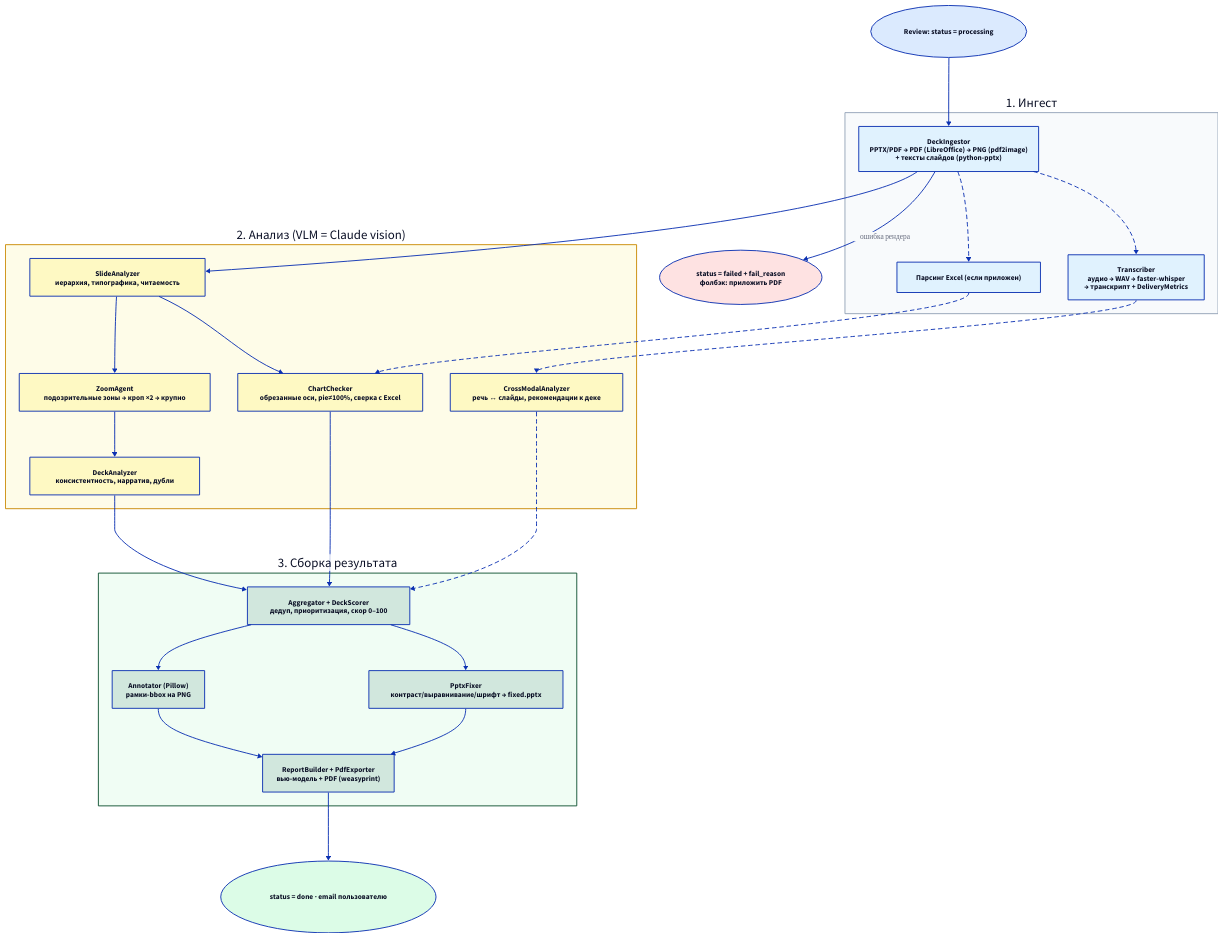
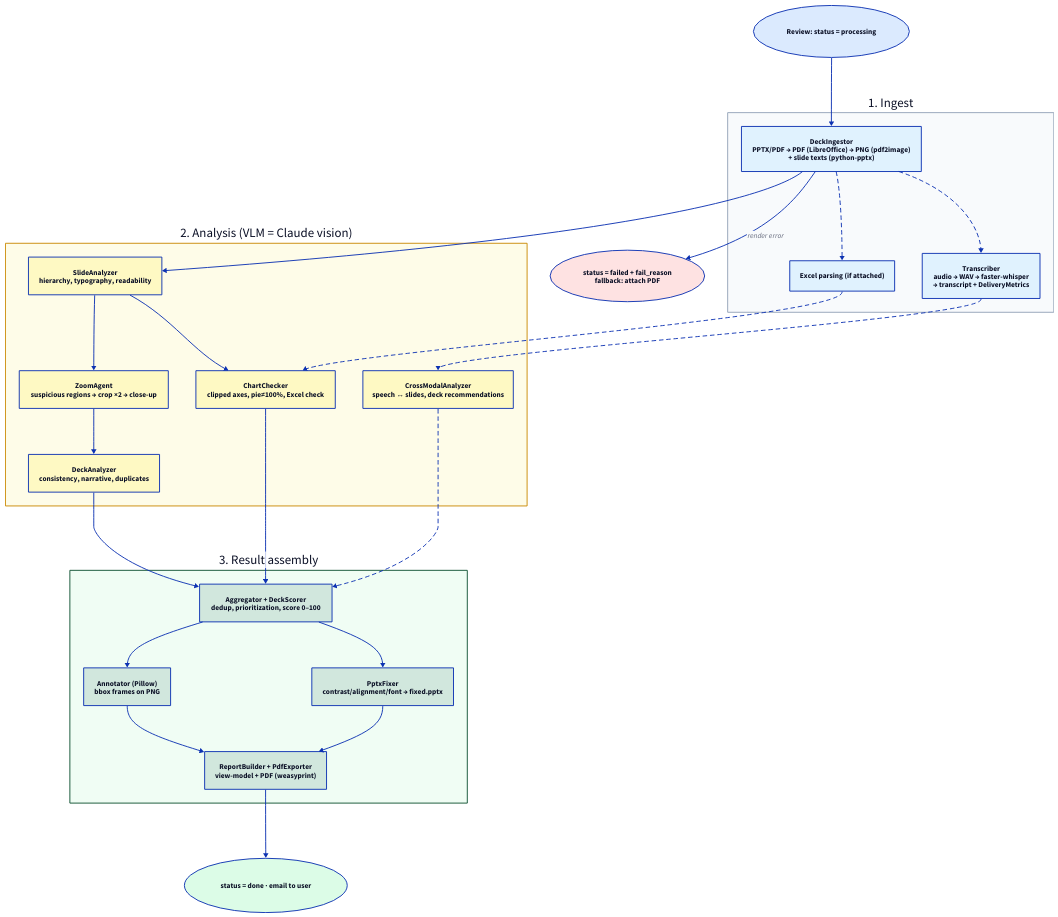
Before and after one commit to SlideLens/Achitecture: the diagram in docs/diagrams/pipeline.d2, drawn with D2. The commit also changed 24 other files, not shown here.

```diff
--- a/docs/diagrams/pipeline.d2
+++ b/docs/diagrams/pipeline.d2
@@ -1,93 +1,93 @@
 direction: down
 
 # =============================================================================
-# ПАЙПЛАЙН РАЗБОРА — 10 шагов (ADR 0002). Падение анализатора не валит разбор.
+# REVIEW PIPELINE — 10 steps (ADR 0002). Analyzer failure does not fail the review.
 # =============================================================================
 
 start: "Review: status = processing" {
   shape: oval
   style.fill: "#dbeafe"
 }
 
-s1: "1. Ингест" {
+s1: "1. Ingest" {
   style.fill: "#f8fafc"
   style.stroke: "#94a3b8"
 
-  ingest: "DeckIngestor\nPPTX/PDF → PDF (LibreOffice) → PNG (pdf2image)\n+ тексты слайдов (python-pptx)" {
+  ingest: "DeckIngestor\nPPTX/PDF → PDF (LibreOffice) → PNG (pdf2image)\n+ slide texts (python-pptx)" {
     style.fill: "#e0f2fe"
   }
-  transcribe: "Transcriber\nаудио → WAV → faster-whisper\n→ транскрипт + DeliveryMetrics" {
+  transcribe: "Transcriber\naudio → WAV → faster-whisper\n→ transcript + DeliveryMetrics" {
     style.fill: "#e0f2fe"
   }
-  excel: "Парсинг Excel (если приложен)" {
+  excel: "Excel parsing (if attached)" {
     style.fill: "#e0f2fe"
   }
 }
 
-s2: "2. Анализ (VLM = Claude vision)" {
+s2: "2. Analysis (VLM = Claude vision)" {
   style.fill: "#fefce8"
   style.stroke: "#ca8a04"
 
-  slide: "SlideAnalyzer\nиерархия, типографика, читаемость" {
+  slide: "SlideAnalyzer\nhierarchy, typography, readability" {
     style.fill: "#fef9c3"
   }
-  zoom: "ZoomAgent\nподозрительные зоны → кроп ×2 → крупно" {
+  zoom: "ZoomAgent\nsuspicious regions → crop ×2 → close-up" {
     style.fill: "#fef9c3"
   }
-  deck: "DeckAnalyzer\nконсистентность, нарратив, дубли" {
+  deck: "DeckAnalyzer\nconsistency, narrative, duplicates" {
     style.fill: "#fef9c3"
   }
-  chart: "ChartChecker\nобрезанные оси, pie≠100%, сверка с Excel" {
+  chart: "ChartChecker\nclipped axes, pie≠100%, Excel check" {
     style.fill: "#fef9c3"
   }
-  cross: "CrossModalAnalyzer\nречь ↔ слайды, рекомендации к деке" {
+  cross: "CrossModalAnalyzer\nspeech ↔ slides, deck recommendations" {
     style.fill: "#fef9c3"
   }
 }
 
-s3: "3. Сборка результата" {
+s3: "3. Result assembly" {
   style.fill: "#f0fdf4"
   style.stroke: "#0f5132"
 
-  agg: "Aggregator + DeckScorer\nдедуп, приоритизация, скор 0–100" {
+  agg: "Aggregator + DeckScorer\ndedup, prioritization, score 0–100" {
     style.fill: "#d1e7dd"
   }
-  annot: "Annotator (Pillow)\nрамки-bbox на PNG" {
+  annot: "Annotator (Pillow)\nbbox frames on PNG" {
     style.fill: "#d1e7dd"
   }
-  fixer: "PptxFixer\nконтраст/выравнивание/шрифт → fixed.pptx" {
+  fixer: "PptxFixer\ncontrast/alignment/font → fixed.pptx" {
     style.fill: "#d1e7dd"
   }
-  report: "ReportBuilder + PdfExporter\nвью-модель + PDF (weasyprint)" {
+  report: "ReportBuilder + PdfExporter\nview-model + PDF (weasyprint)" {
     style.fill: "#d1e7dd"
   }
 }
 
-done: "status = done · email пользователю" {
+done: "status = done · email to user" {
   shape: oval
   style.fill: "#dcfce7"
 }
-fail: "status = failed + fail_reason\nфолбэк: приложить PDF" {
+fail: "status = failed + fail_reason\nfallback: attach PDF" {
   shape: oval
   style.fill: "#fee2e2"
 }
 
-# --- Потоки ---
+# --- Flows ---
 start -> s1.ingest
 s1.ingest -> s2.slide
 s1.ingest -> s1.transcribe: {style.stroke-dash: 4}
 s1.ingest -> s1.excel: {style.stroke-dash: 4}
 s2.slide -> s2.zoom
 s2.zoom -> s2.deck
 s2.slide -> s2.chart
 s1.excel -> s2.chart: {style.stroke-dash: 4}
 s1.transcribe -> s2.cross: {style.stroke-dash: 4}
 s2.deck -> s3.agg
 s2.chart -> s3.agg
 s2.cross -> s3.agg: {style.stroke-dash: 4}
 s3.agg -> s3.annot
 s3.agg -> s3.fixer
 s3.annot -> s3.report
 s3.fixer -> s3.report
 s3.report -> done
-s1.ingest -> fail: "ошибка рендера"
+s1.ingest -> fail: "render error"
```
